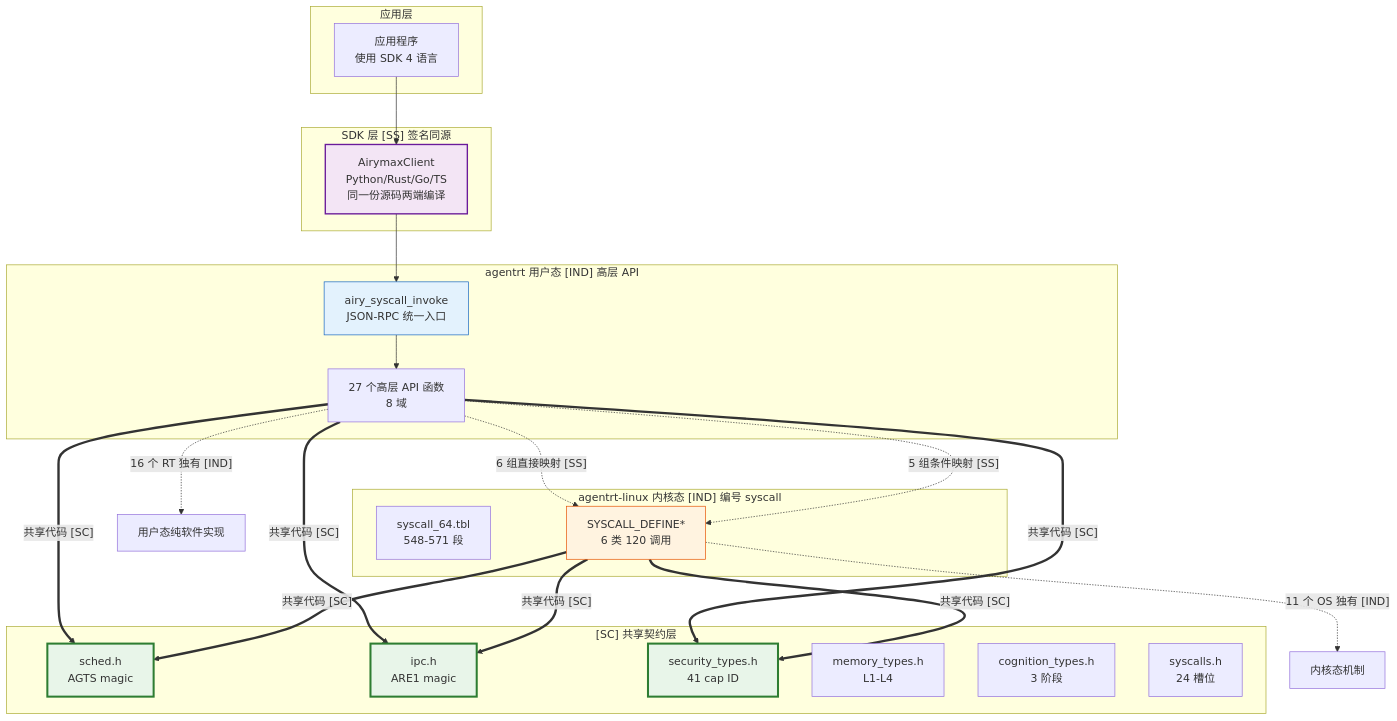
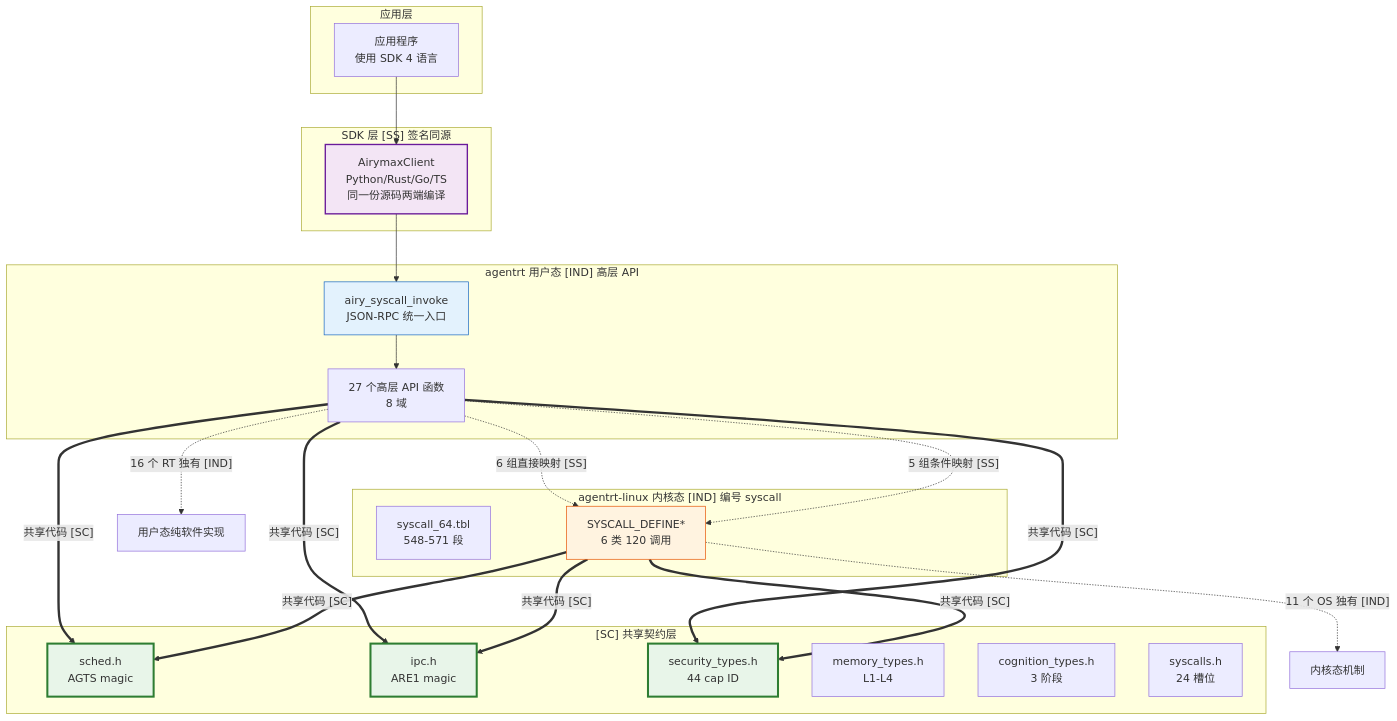
Before and after one commit to openairymax/docs: the second of 2 diagrams in AirymaxOS/30-interfaces/05-syscall-semantic-mapping.md, drawn with Mermaid. The commit also changed 77 other files, not shown here.

````diff
--- a/AirymaxOS/30-interfaces/05-syscall-semantic-mapping.md
+++ b/AirymaxOS/30-interfaces/05-syscall-semantic-mapping.md
@@ -373,50 +373,50 @@
 ```mermaid
 graph TB
     subgraph "应用层"
         APP[应用程序<br/>使用 SDK 4 语言]
     end
 
     subgraph "SDK 层 [SS] 签名同源"
         SDK[AirymaxClient<br/>Python/Rust/Go/TS<br/>同一份源码两端编译]
     end
 
     subgraph "agentrt 用户态 [IND] 高层 API"
         RT_INV[airy_syscall_invoke<br/>JSON-RPC 统一入口]
         RT_USR[27 个高层 API 函数<br/>8 域]
     end
 
     subgraph "agentrt-linux 内核态 [IND] 编号 syscall"
         OS_TBL[syscall_64.tbl<br/>548-571 段]
         OS_DEF[SYSCALL_DEFINE*<br/>6 类 120 调用]
     end
 
     subgraph "[SC] 共享契约层"
         SC1[sched.h<br/>AGTS magic]
         SC2[ipc.h<br/>ARE1 magic]
-        SC3[security_types.h<br/>41 cap ID]
+        SC3[security_types.h<br/>44 cap ID]
         SC4[memory_types.h<br/>L1-L4]
         SC5[cognition_types.h<br/>3 阶段]
         SC6[syscalls.h<br/>24 槽位]
     end
 
     APP --> SDK
     SDK --> RT_INV
     RT_INV --> RT_USR
     RT_USR -.->|"6 组直接映射 [SS]"| OS_DEF
     RT_USR -.->|"5 组条件映射 [SS]"| OS_DEF
     RT_USR -.->|"16 个 RT 独有 [IND]"| RT_ONLY[用户态纯软件实现]
     OS_DEF -.->|"11 个 OS 独有 [IND]"| OS_ONLY[内核态机制]
     RT_USR ==>|"共享代码 [SC]"| SC1
     RT_USR ==>|"共享代码 [SC]"| SC2
     RT_USR ==>|"共享代码 [SC]"| SC3
     OS_DEF ==>|"共享代码 [SC]"| SC1
     OS_DEF ==>|"共享代码 [SC]"| SC2
     OS_DEF ==>|"共享代码 [SC]"| SC3
 
     style SC1 fill:#e8f5e9,stroke:#2e7d32,stroke-width:3px
     style SC2 fill:#e8f5e9,stroke:#2e7d32,stroke-width:3px
     style SC3 fill:#e8f5e9,stroke:#2e7d32,stroke-width:3px
     style SDK fill:#f3e5f5,stroke:#6a1b9a,stroke-width:2px
     style RT_INV fill:#e3f2fd,stroke:#1565c0
     style OS_DEF fill:#fff3e0,stroke:#e65100
 ```
````
